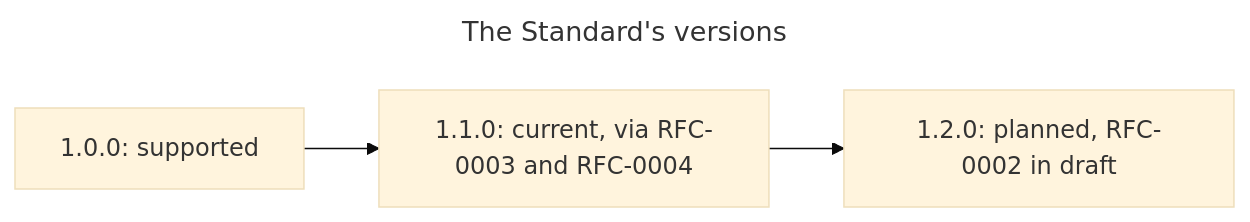
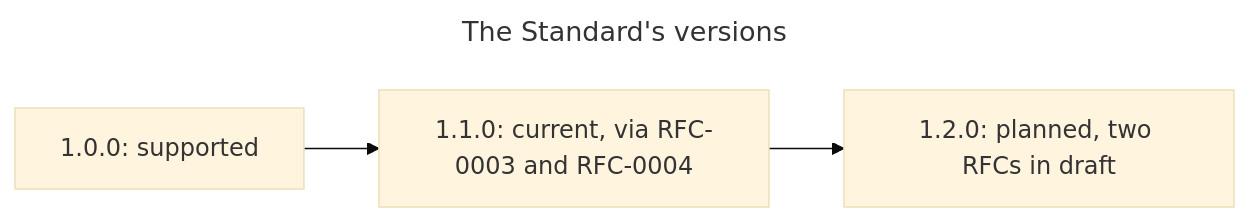
Before and after one commit to synaptiai/agent-capability-standard: the first of 2 diagrams in spec/ROADMAP.md, drawn with Mermaid (base theme). The commit also changed other lines of this file and 2 other files, not shown here.

````diff
--- a/spec/ROADMAP.md
+++ b/spec/ROADMAP.md
@@ -49,8 +51,8 @@
 ```mermaid
 ---
 title: The Standard's versions
 ---
 flowchart LR
-  accDescr: Standard 1.0.0 is supported; 1.1.0, accepted through RFC-0003 and RFC-0004, is the current candidate; 1.2.0 is planned, with RFC-0002 as its one draft proposal so far.
-  v10["1.0.0: supported"] --> v11["1.1.0: current, via RFC-0003 and RFC-0004"] --> v12["1.2.0: planned, RFC-0002 in draft"]
+  accDescr: Standard 1.0.0 is supported; 1.1.0, accepted through RFC-0003 and RFC-0004, is the current candidate; 1.2.0 is planned, with RFC-0002 and RFC-0005 as its draft proposals so far.
+  v10["1.0.0: supported"] --> v11["1.1.0: current, via RFC-0003 and RFC-0004"] --> v12["1.2.0: planned, two RFCs in draft"]
 ```
````
